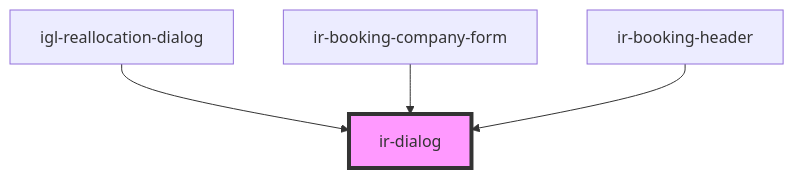
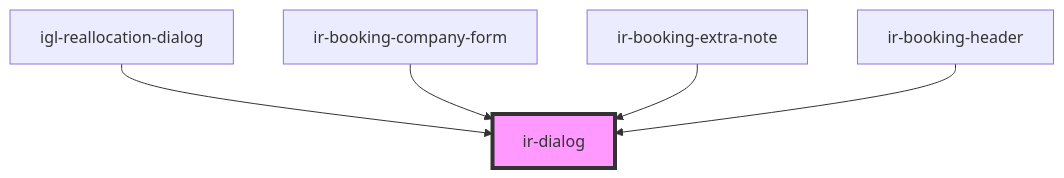
Before and after one commit to RonyRizk/ir-webcmp: the diagram in src/components/ui/ir-dialog/readme.md, drawn with Mermaid. The commit also changed other lines of this file and 36 other files, not shown here.

````diff
--- a/src/components/ui/ir-dialog/readme.md
+++ b/src/components/ui/ir-dialog/readme.md
@@ -60,7 +61,8 @@
 ```mermaid
 graph TD;
   igl-reallocation-dialog --> ir-dialog
   ir-booking-company-form --> ir-dialog
+  ir-booking-extra-note --> ir-dialog
   ir-booking-header --> ir-dialog
   style ir-dialog fill:#f9f,stroke:#333,stroke-width:4px
 ```
````
